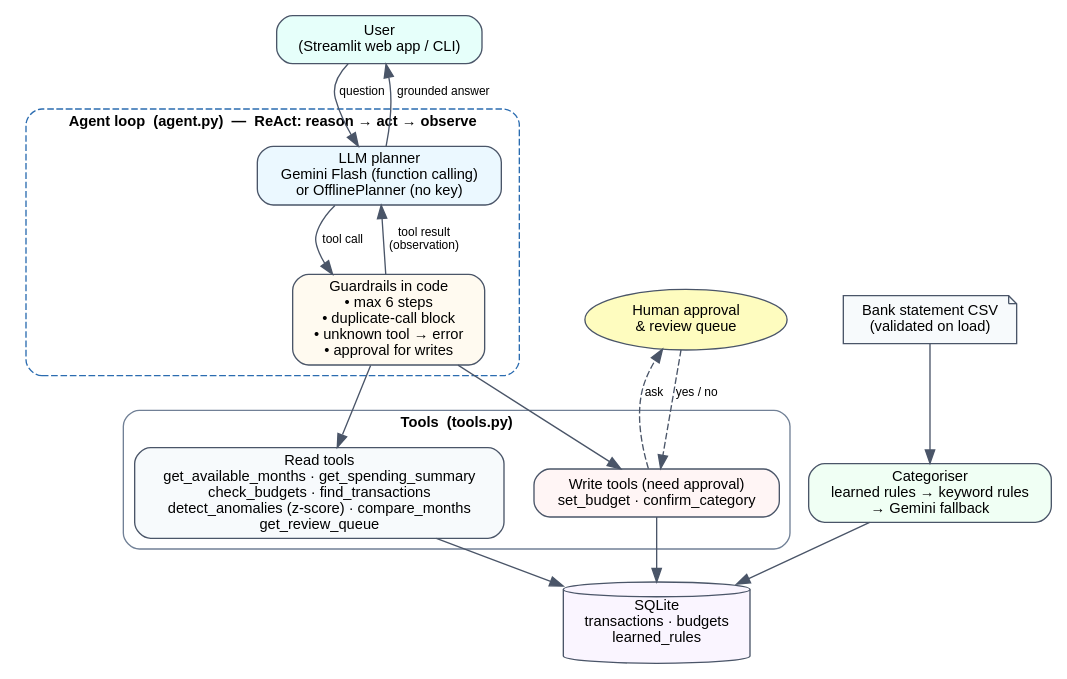
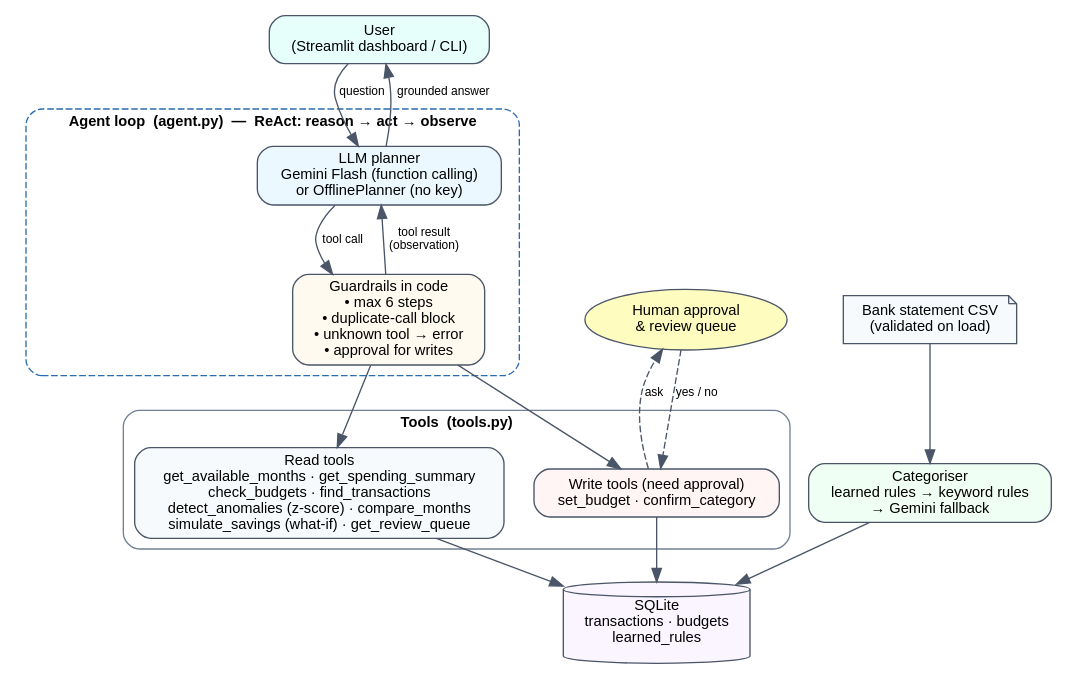
The diagram in docs/architecture.dot (manasvipawa/expense-assistant-agent), drawn with Graphviz before and after one commit. The commit also changed 19 other files, not shown here.

First line of the commit message:
Add what-if savings simulator and redesign the UI as a dashboard

```diff
--- a/docs/architecture.dot
+++ b/docs/architecture.dot
@@ -1,26 +1,26 @@
 digraph G {
   rankdir=TB; bgcolor="white"; nodesep=0.3; ranksep=0.45;
   node [shape=box, style="rounded,filled", fontname="Helvetica", fontsize=11, color="#4a5568", fillcolor="#f7fafc"];
   edge [fontname="Helvetica", fontsize=9, color="#4a5568"];
-  user [label="User\n(Streamlit web app / CLI)", fillcolor="#e6fffa"];
+  user [label="User\n(Streamlit dashboard / CLI)", fillcolor="#e6fffa"];
   subgraph cluster_agent { label="Agent loop  (agent.py)  —  ReAct: reason → act → observe"; fontname="Helvetica-Bold"; fontsize=11; style="rounded,dashed"; color="#2b6cb0";
     llm [label="LLM planner\nGemini Flash (function calling)\nor OfflinePlanner (no key)", fillcolor="#ebf8ff"];
     guard [label="Guardrails in code\n• max 6 steps\n• duplicate-call block\n• unknown tool → error\n• approval for writes", fillcolor="#fffaf0"];
   }
   subgraph cluster_tools { label="Tools  (tools.py)"; fontname="Helvetica-Bold"; fontsize=11; style="rounded"; color="#718096";
-    read [label="Read tools\nget_available_months · get_spending_summary\ncheck_budgets · find_transactions\ndetect_anomalies (z-score) · compare_months\nget_review_queue"];
+    read [label="Read tools\nget_available_months · get_spending_summary\ncheck_budgets · find_transactions\ndetect_anomalies (z-score) · compare_months\nsimulate_savings (what-if) · get_review_queue"];
     write [label="Write tools (need approval)\nset_budget · confirm_category", fillcolor="#fff5f5"];
   }
   csv [label="Bank statement CSV\n(validated on load)", shape=note];
   cat [label="Categoriser\nlearned rules → keyword rules\n→ Gemini fallback", fillcolor="#f0fff4"];
   db [label="SQLite\ntransactions · budgets\nlearned_rules", shape=cylinder, fillcolor="#faf5ff"];
   human [label="Human approval\n& review queue", shape=oval, fillcolor="#fefcbf"];
   user -> llm [label="question"];
   llm -> guard [label="tool call"];
   guard -> read; guard -> write;
   write -> human [style=dashed, label="ask"]; human -> write [style=dashed, label="yes / no"];
   read -> db; write -> db;
   guard -> llm [label="tool result\n(observation)"];
   llm -> user [label="grounded answer"];
   csv -> cat -> db [label=""];
 }
```
